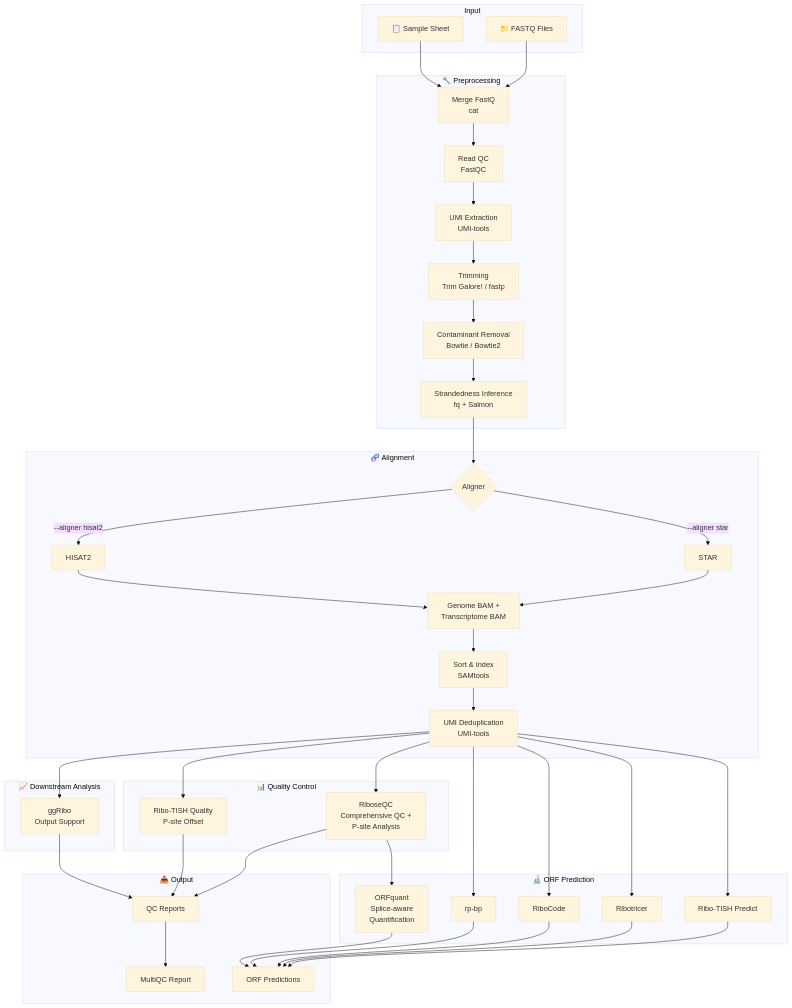
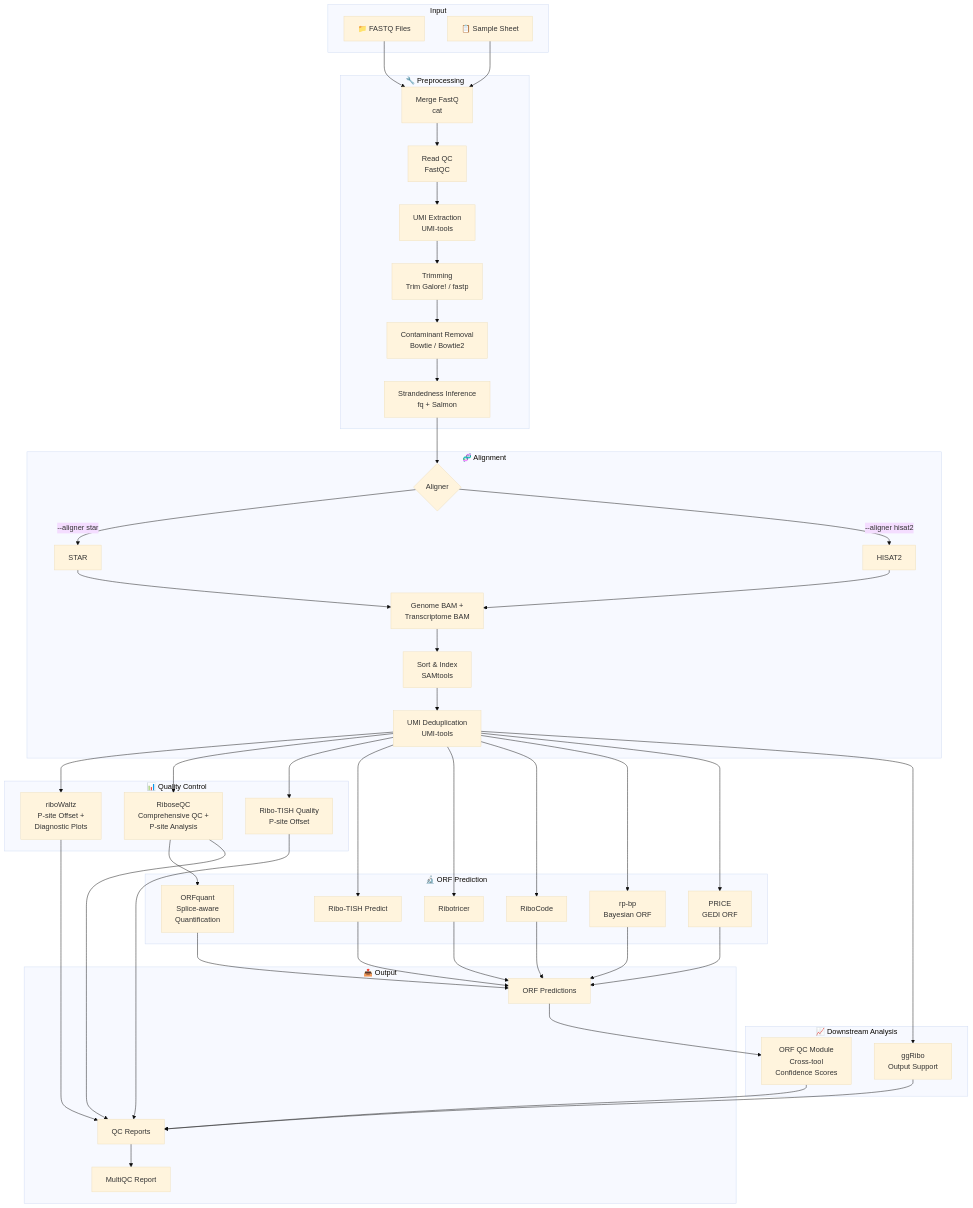
One commit to wtbxsjy/riboseq changed the diagram in README.md. Above: the diagram before and after it, drawn with Mermaid (base theme). The commit also changed other lines of this file and 5 other files, not shown here.

First line of the commit message:
refactor: ORF QC module replaces JOINT_QC_REPORT (Plan A)

````diff
--- a/README.md
+++ b/README.md
@@ -57,6 +57,7 @@
     end
 
     subgraph QC["📊 Quality Control"]
+        RW[riboWaltz<br/>P-site Offset +<br/>Diagnostic Plots]
         O[RiboseQC<br/>Comprehensive QC +<br/>P-site Analysis]
         P[Ribo-TISH Quality<br/>P-site Offset]
     end
@@ -65,12 +66,14 @@
         Q[Ribo-TISH Predict]
         R[Ribotricer]
         S[RiboCode]
-        T[rp-bp]
+        T[rp-bp<br/>Bayesian ORF]
+        PR[PRICE<br/>GEDI ORF]
         OQ[ORFquant<br/>Splice-aware<br/>Quantification]
     end
 
     subgraph Analysis["📈 Downstream Analysis"]
         U[ggRibo<br/>Output Support]
+        ORFQC[ORF QC Module<br/>Cross-tool<br/>Confidence Scores]
     end
 
     subgraph Output["📤 Output"]
@@ -89,14 +92,17 @@
     K --> L
     L --> M --> N
 
+    N --> RW
     N --> O
     N --> P
     N --> Q
     N --> R
     N --> S
     N --> T
+    N --> PR
     N --> U
 
+    RW --> X
     O --> OQ
     O --> X
     P --> X
@@ -104,7 +110,10 @@
     R --> W
     S --> W
     T --> W
+    PR --> W
     OQ --> W
+    W --> ORFQC
+    ORFQC --> X
     U --> X
     X --> V
 ```
````
